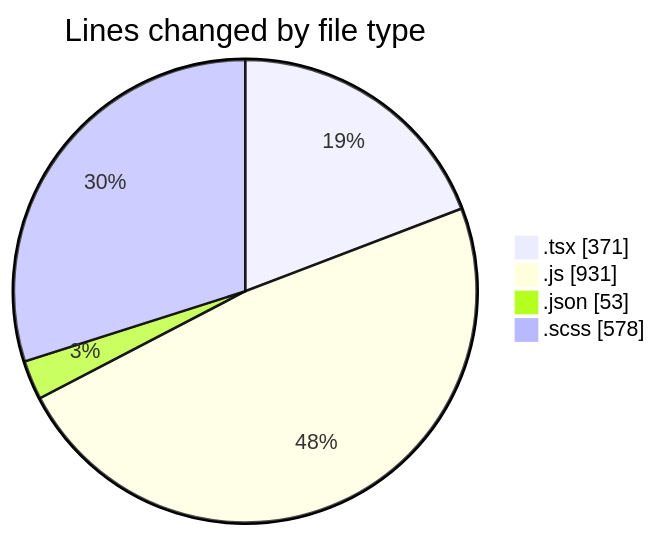
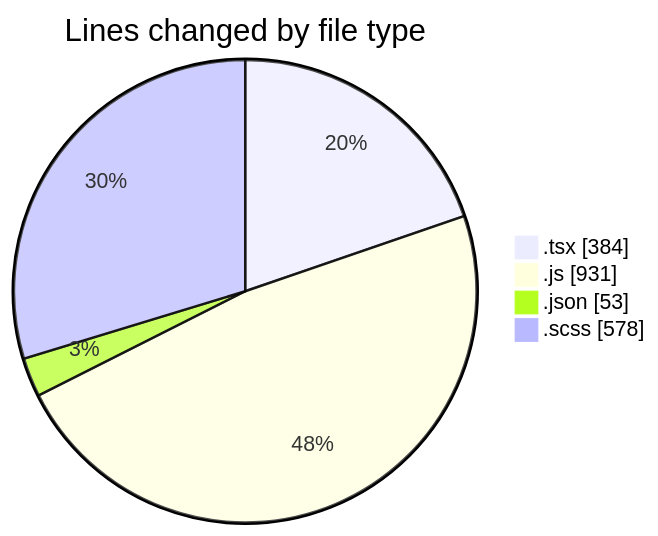
One commit to Elitesun/code-tracking changed the first of 2 diagrams in 2025-05-28/elitesun/README.md. Above: the diagram before and after it, drawn with Mermaid. The commit also changed other lines of this file and 1 other file, not shown here.

````diff
--- a/2025-05-28/elitesun/README.md
+++ b/2025-05-28/elitesun/README.md
@@ -29,8 +29,8 @@
 ```mermaid
 pie showData
 title Lines changed by file type
-".tsx" : 371
+".tsx" : 384
 ".js" : 931
 ".json" : 53
 ".scss" : 578
 ```
````
